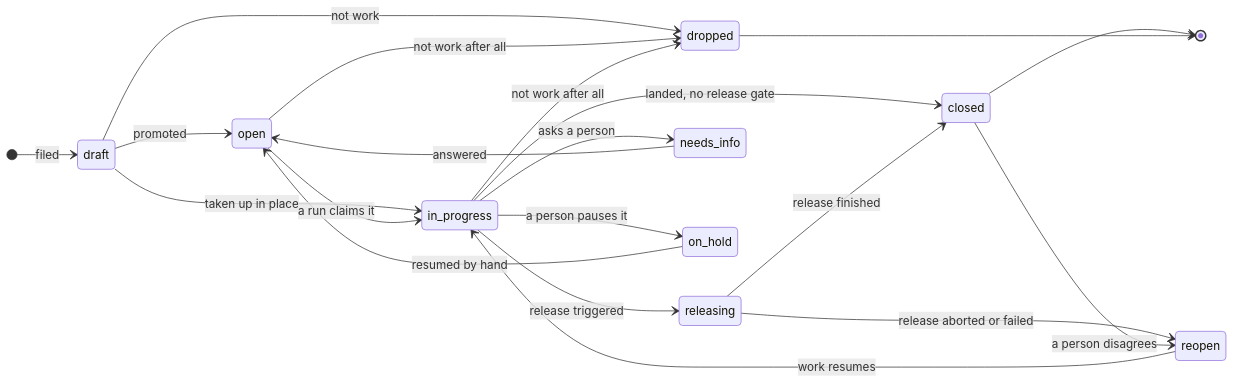
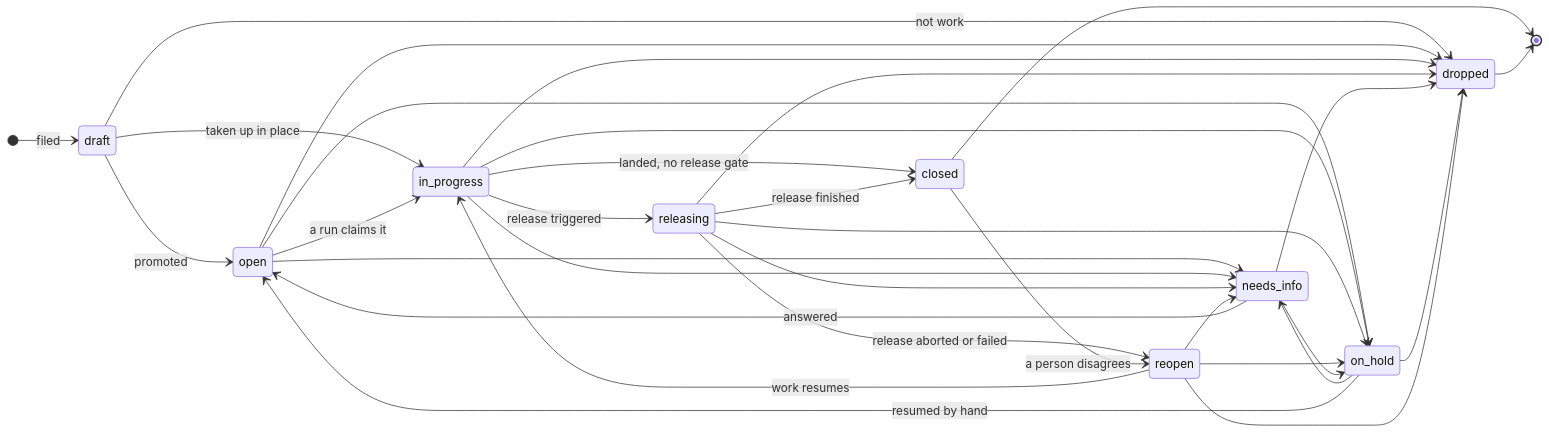
Before and after one commit to SidCorp-co/forge: the diagram in docs/proposals/status-flow.md, drawn with Mermaid. The commit also changed other lines of this file and 1 other file, not shown here.

````diff
--- a/docs/proposals/status-flow.md
+++ b/docs/proposals/status-flow.md
@@ -10,29 +10,42 @@
 ```mermaid
 stateDiagram-v2
     direction LR
 
     [*] --> draft: filed
 
     draft --> open: promoted
     draft --> in_progress: taken up in place
     draft --> dropped: not work
 
     open --> in_progress: a run claims it
     in_progress --> closed: landed, no release gate
     in_progress --> releasing: release triggered
     releasing --> closed: release finished
     closed --> [*]
 
-    in_progress --> needs_info: asks a person
-    in_progress --> on_hold: a person pauses it
-    needs_info --> open: answered
-    on_hold --> open: resumed by hand
-
     releasing --> reopen: release aborted or failed
     closed --> reopen: a person disagrees
     reopen --> in_progress: work resumes
 
-    open --> dropped: not work after all
-    in_progress --> dropped: not work after all
+    open --> needs_info
+    in_progress --> needs_info
+    releasing --> needs_info
+    reopen --> needs_info
+    on_hold --> needs_info
+    needs_info --> open: answered
+
+    open --> on_hold
+    in_progress --> on_hold
+    releasing --> on_hold
+    reopen --> on_hold
+    needs_info --> on_hold
+    on_hold --> open: resumed by hand
+
+    open --> dropped
+    in_progress --> dropped
+    releasing --> dropped
+    needs_info --> dropped
+    on_hold --> dropped
+    reopen --> dropped
     dropped --> [*]
 ```
````
